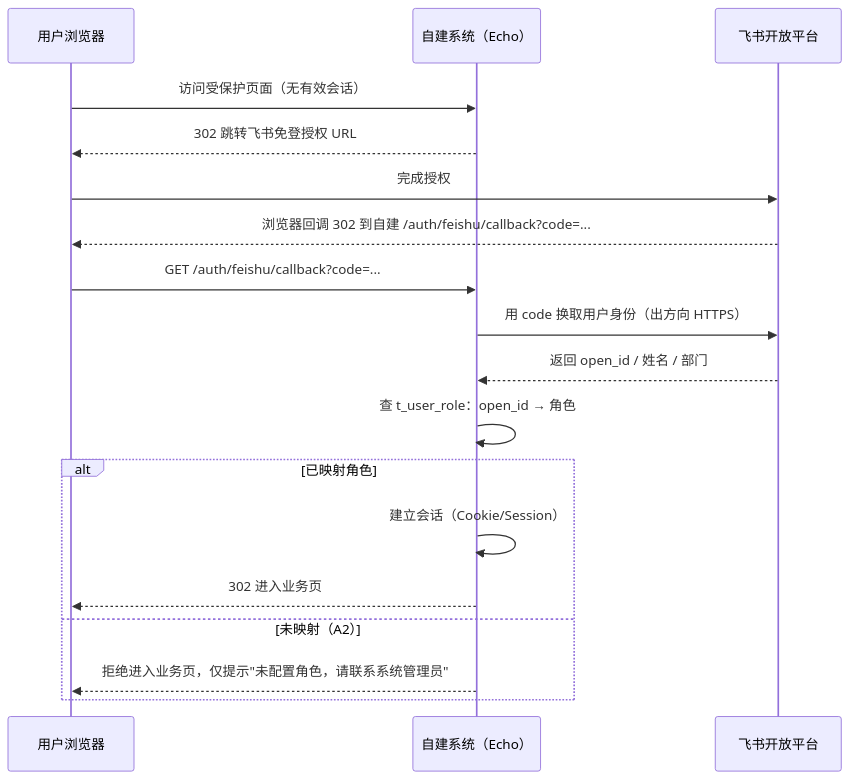
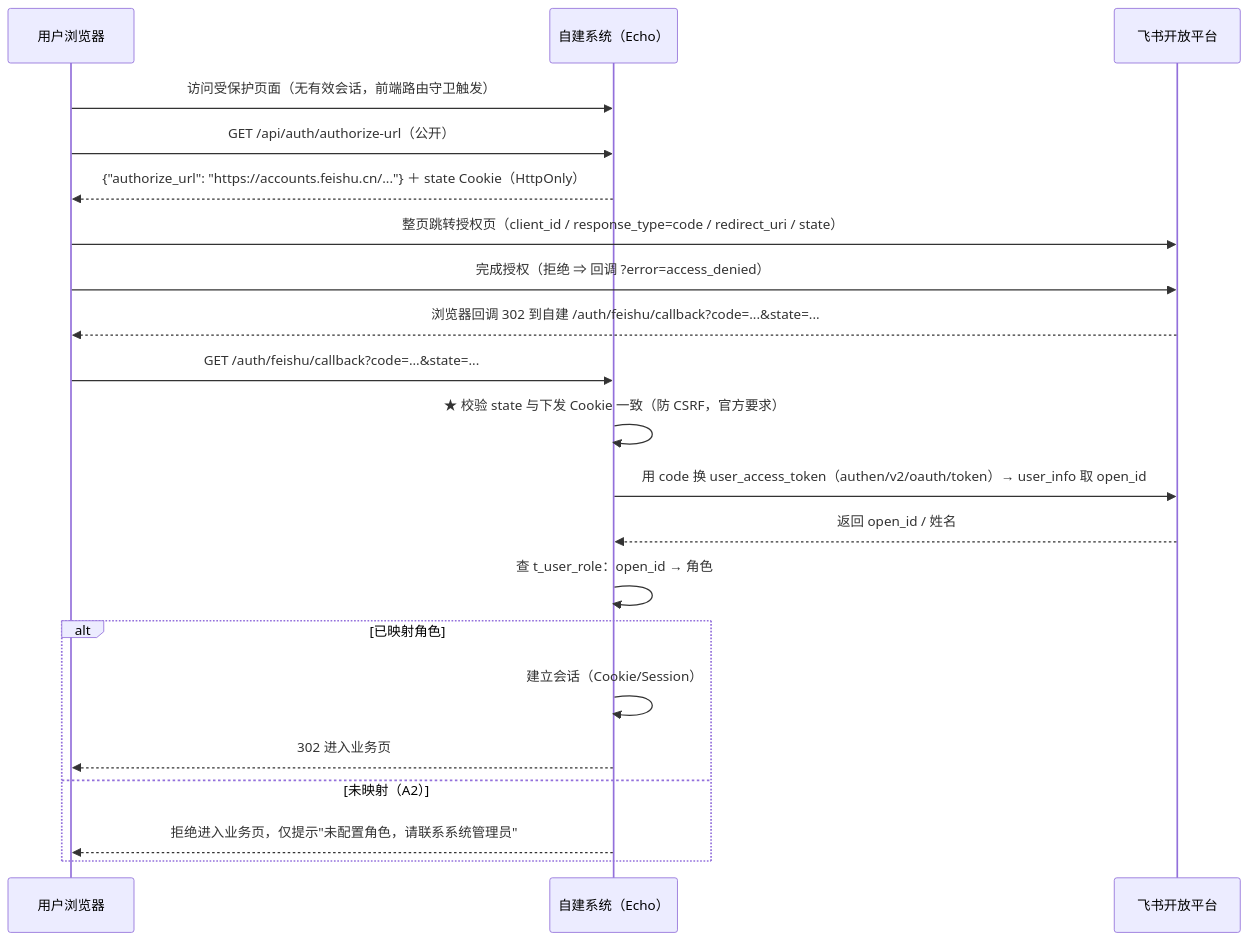
The diagram in docs/05-API.md (chadhao/jx-procurement-platform), drawn with Mermaid before and after one commit. The commit also changed other lines of this file and 42 other files, not shown here.

````diff
--- a/docs/05-API.md
+++ b/docs/05-API.md
@@ -21,20 +21,23 @@
 ```mermaid
 sequenceDiagram
   participant U as 用户浏览器
   participant S as 自建系统（Echo）
   participant F as 飞书开放平台
-  U->>S: 访问受保护页面（无有效会话）
-  S-->>U: 302 跳转飞书免登授权 URL
-  U->>F: 完成授权
-  F-->>U: 浏览器回调 302 到自建 /auth/feishu/callback?code=...
-  U->>S: GET /auth/feishu/callback?code=...
-  S->>F: 用 code 换取用户身份（出方向 HTTPS）
-  F-->>S: 返回 open_id / 姓名 / 部门
+  U->>S: 访问受保护页面（无有效会话，前端路由守卫触发）
+  U->>S: GET /api/auth/authorize-url（公开）
+  S-->>U: {"authorize_url": "https://accounts.feishu.cn/..."} ＋ state Cookie（HttpOnly）
+  U->>F: 整页跳转授权页（client_id / response_type=code / redirect_uri / state）
+  U->>F: 完成授权（拒绝 ⇒ 回调 ?error=access_denied）
+  F-->>U: 浏览器回调 302 到自建 /auth/feishu/callback?code=...&state=...
+  U->>S: GET /auth/feishu/callback?code=...&state=...
+  S->>S: ★ 校验 state 与下发 Cookie 一致（防 CSRF，官方要求）
+  S->>F: 用 code 换 user_access_token（authen/v2/oauth/token）→ user_info 取 open_id
+  F-->>S: 返回 open_id / 姓名
   S->>S: 查 t_user_role：open_id → 角色
   alt 已映射角色
     S->>S: 建立会话（Cookie/Session）
     S-->>U: 302 进入业务页
   else 未映射（A2）
     S-->>U: 拒绝进入业务页，仅提示"未配置角色，请联系系统管理员"
   end
 ```
````
